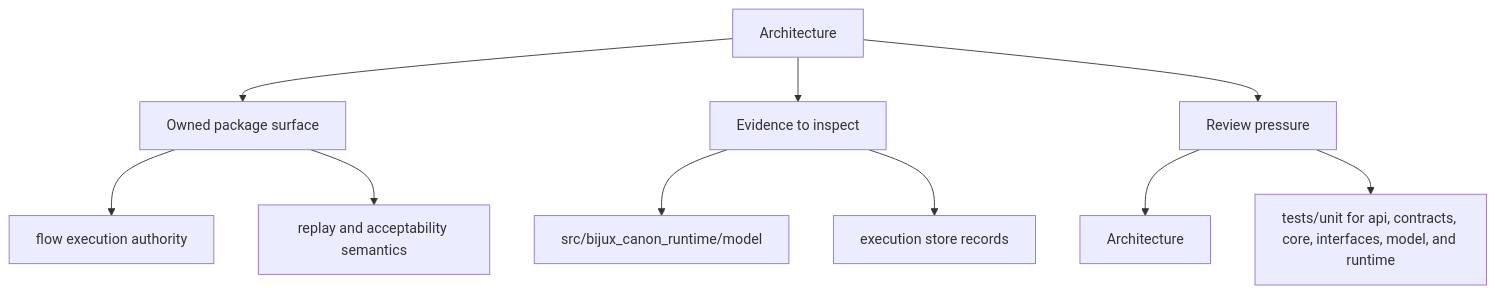
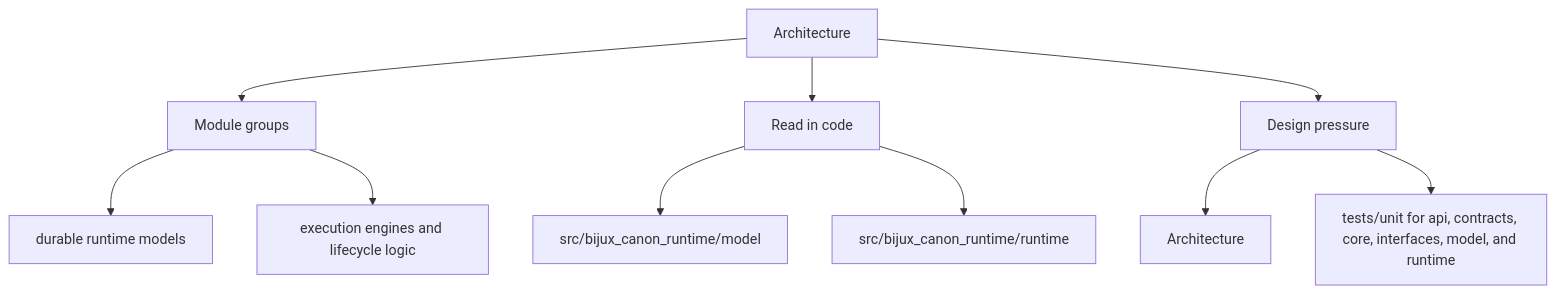
One commit to bijux/bijux-canon changed the second of 2 diagrams in docs/bijux-canon-runtime/architecture/index.md. Above: the diagram before and after it, drawn with Mermaid. The commit also changed other lines of this file and 250 other files, not shown here.

Commit message:
docs(diagrams): make product page maps more readable

````diff
--- a/docs/bijux-canon-runtime/architecture/index.md
+++ b/docs/bijux-canon-runtime/architecture/index.md
@@ -32,22 +32,22 @@
 ```mermaid
 flowchart TD
     page["Architecture"]
-    focus1["Owned package surface"]
+    focus1["Module groups"]
     page --> focus1
-    focus1_1["flow execution authority"]
+    focus1_1["durable runtime models"]
     focus1 --> focus1_1
-    focus1_2["replay and acceptability semantics"]
+    focus1_2["execution engines and lifecycle logic"]
     focus1 --> focus1_2
-    focus2["Evidence to inspect"]
+    focus2["Read in code"]
     page --> focus2
     focus2_1["src/bijux_canon_runtime/model"]
     focus2 --> focus2_1
-    focus2_2["execution store records"]
+    focus2_2["src/bijux_canon_runtime/runtime"]
     focus2 --> focus2_2
-    focus3["Review pressure"]
+    focus3["Design pressure"]
     page --> focus3
     focus3_1["Architecture"]
     focus3 --> focus3_1
     focus3_2["tests/unit for api, contracts, core, interfaces, model, and runtime"]
     focus3 --> focus3_2
 ```
````
